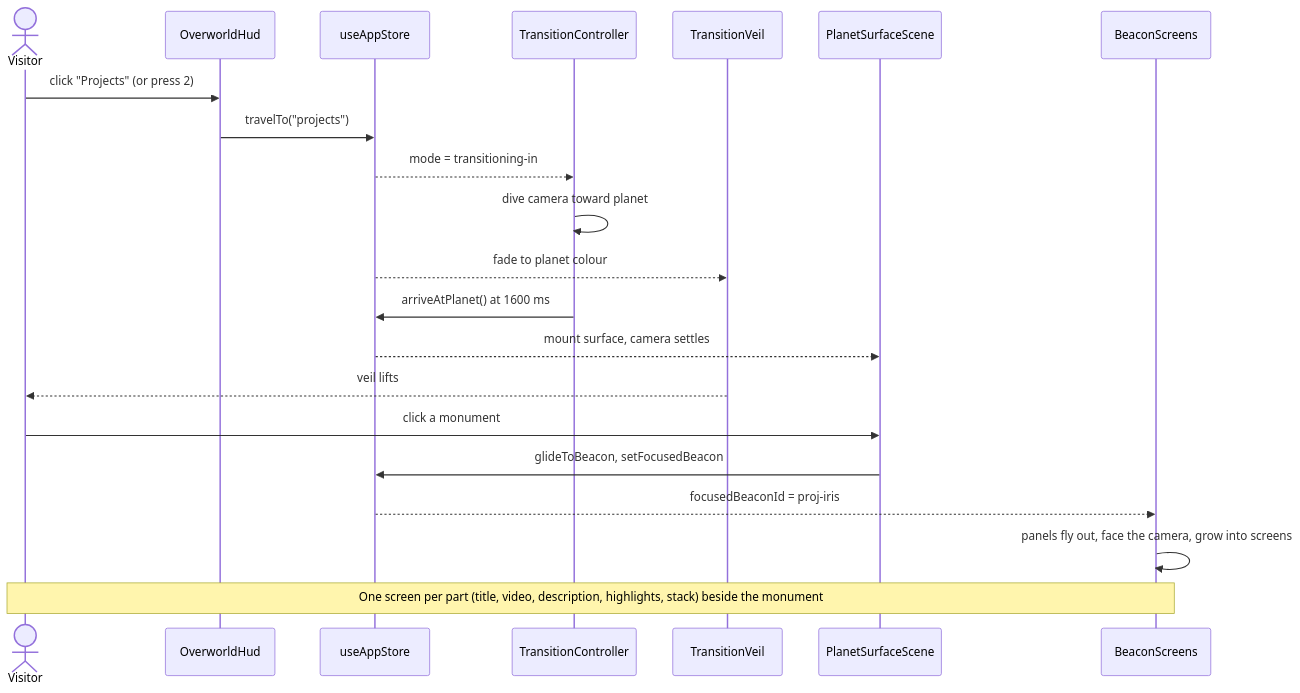
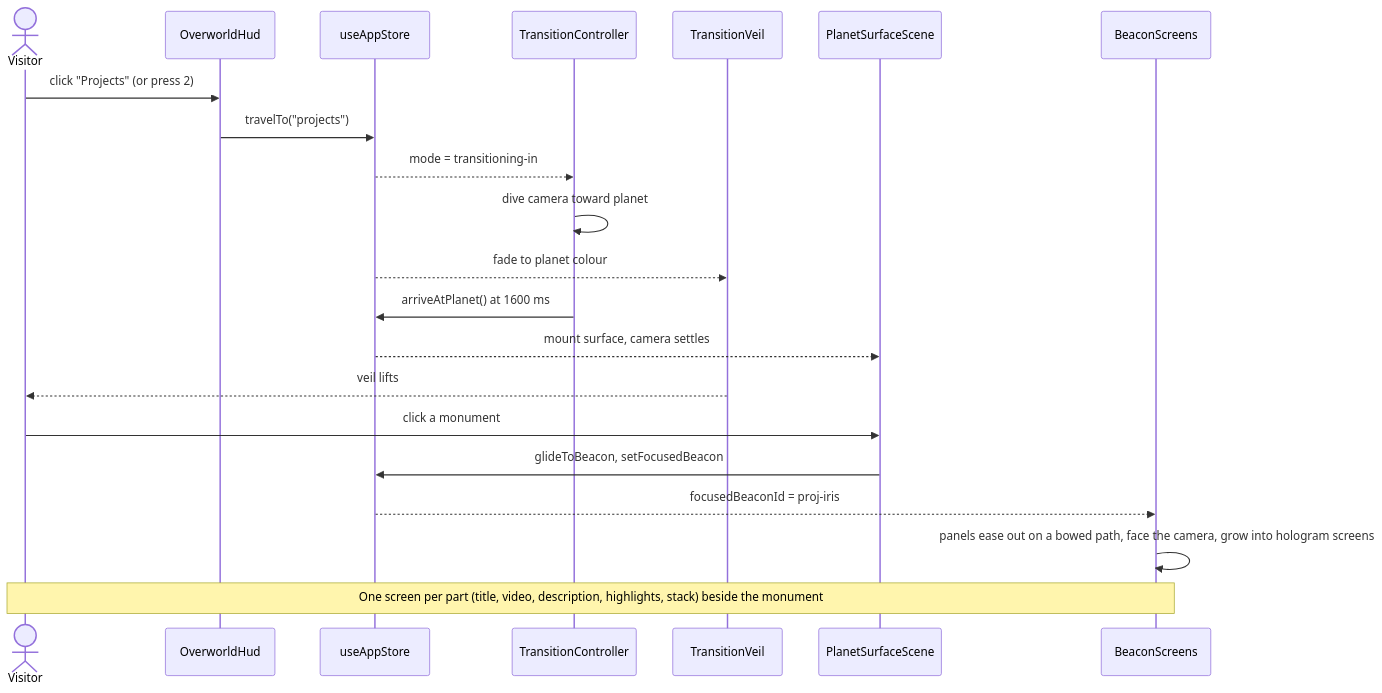
Before and after one commit to teddycitrus/portfolio: the second of 2 diagrams in README.md, drawn with Mermaid. The commit also changed other lines of this file and 7 other files, not shown here.

Commit message:
added unique pillar forms, hologram screens, chord pad, critter AI

````diff
--- a/README.md
+++ b/README.md
@@ -65,23 +66,23 @@
 ```mermaid
 sequenceDiagram
   actor V as Visitor
   participant H as OverworldHud
   participant S as useAppStore
   participant T as TransitionController
   participant W as TransitionVeil
   participant P as PlanetSurfaceScene
   participant B as BeaconScreens
   V->>H: click "Projects" (or press 2)
   H->>S: travelTo("projects")
   S-->>T: mode = transitioning-in
   T->>T: dive camera toward planet
   S-->>W: fade to planet colour
   T->>S: arriveAtPlanet() at 1600 ms
   S-->>P: mount surface, camera settles
   W-->>V: veil lifts
   V->>P: click a monument
   P->>S: glideToBeacon, setFocusedBeacon
   S-->>B: focusedBeaconId = proj-iris
-  B->>B: panels fly out, face the camera, grow into screens
+  B->>B: panels ease out on a bowed path, face the camera, grow into hologram screens
   Note over V,B: One screen per part (title, video, description, highlights, stack) beside the monument
 ```
````
